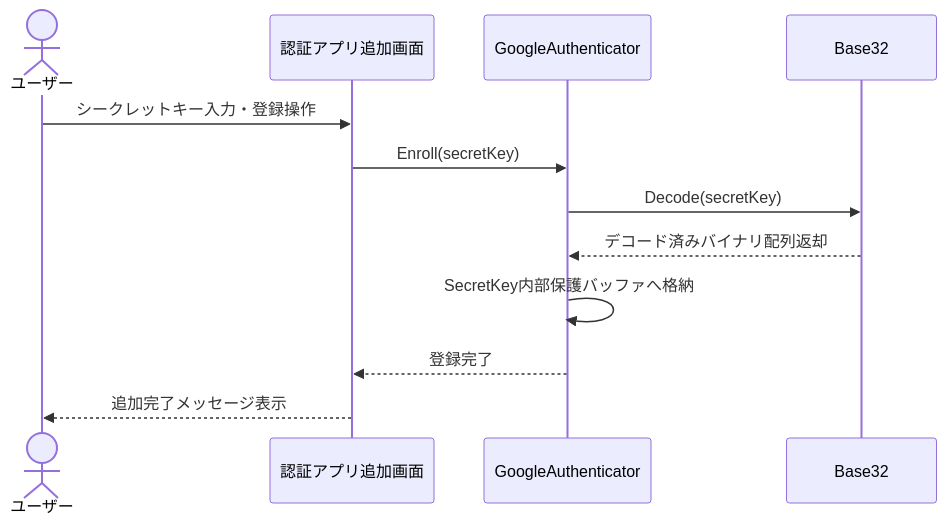
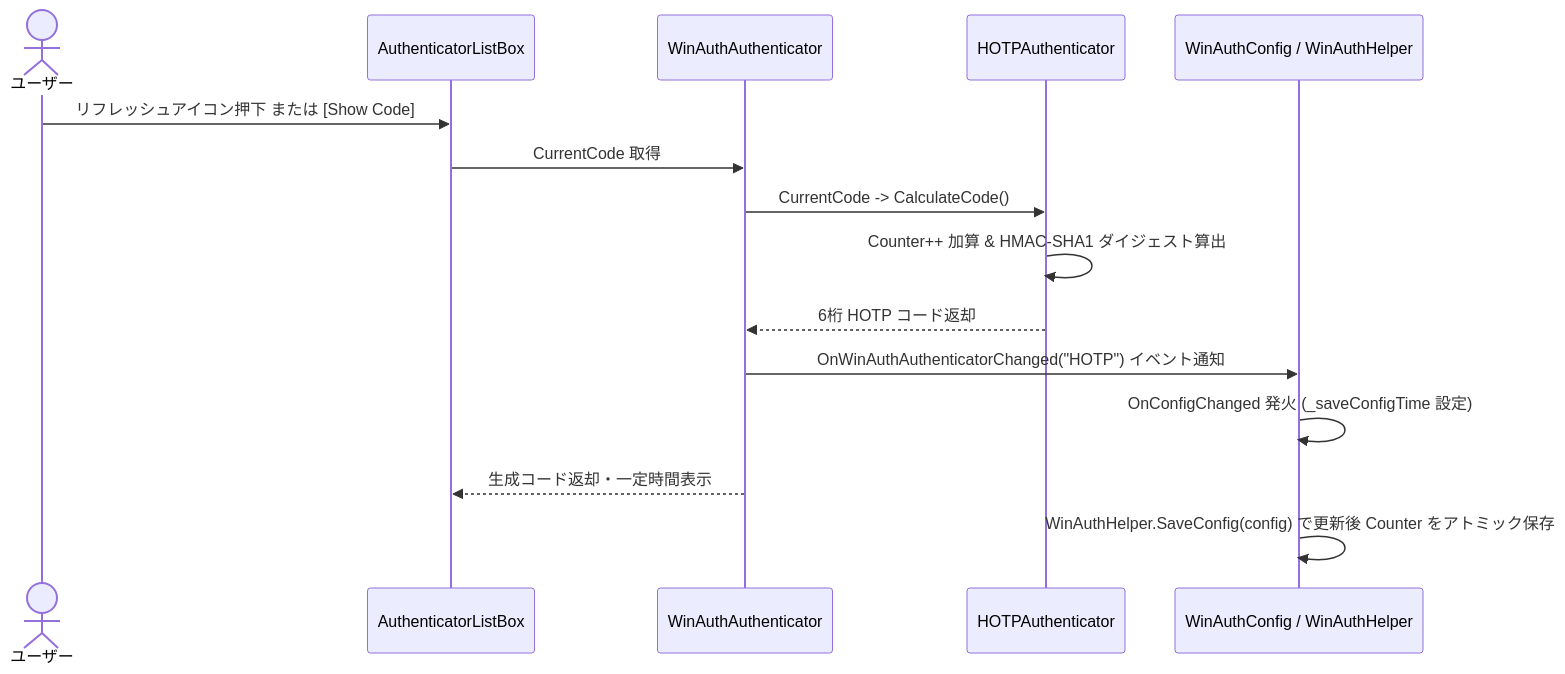
The third of 6 diagrams in .gear/3_詳細設計/33_シーケンス図.md (CTD-Networks-CO-LTD/winauth), drawn with Mermaid before and after one commit. The commit also changed other lines of this file and 21 other files, not shown here.

````diff
--- a/.gear/3_詳細設計/33_シーケンス図.md
+++ b/.gear/3_詳細設計/33_シーケンス図.md
@@ -18,14 +82,18 @@
 ```mermaid
 sequenceDiagram
-    actor user as ユーザー
-    participant addForm as 認証アプリ追加画面
-    participant googleAuth as GoogleAuthenticator
-    participant base32 as Base32
-    user->>addForm: シークレットキー入力・登録操作
-    addForm->>googleAuth: Enroll(secretKey)
-    googleAuth->>base32: Decode(secretKey)
-    base32-->>googleAuth: デコード済みバイナリ配列返却
-    googleAuth->>googleAuth: SecretKey内部保護バッファへ格納
-    googleAuth-->>addForm: 登録完了
-    addForm-->>user: 追加完了メッセージ表示
+    actor User as ユーザー
+    participant ListBox as AuthenticatorListBox
+    participant Wrapper as WinAuthAuthenticator
+    participant HOTP as HOTPAuthenticator
+    participant Config as WinAuthConfig / WinAuthHelper
+
+    User->>ListBox: リフレッシュアイコン押下 または [Show Code]
+    ListBox->>Wrapper: CurrentCode 取得
+    Wrapper->>HOTP: CurrentCode -> CalculateCode()
+    HOTP->>HOTP: Counter++ 加算 & HMAC-SHA1 ダイジェスト算出
+    HOTP-->>Wrapper: 6桁 HOTP コード返却
+    Wrapper->>Config: OnWinAuthAuthenticatorChanged("HOTP") イベント通知
+    Config->>Config: OnConfigChanged 発火 (_saveConfigTime 設定)
+    Wrapper-->>ListBox: 生成コード返却・一定時間表示
+    Config->>Config: WinAuthHelper.SaveConfig(config) で更新後 Counter をアトミック保存
 ```
````
